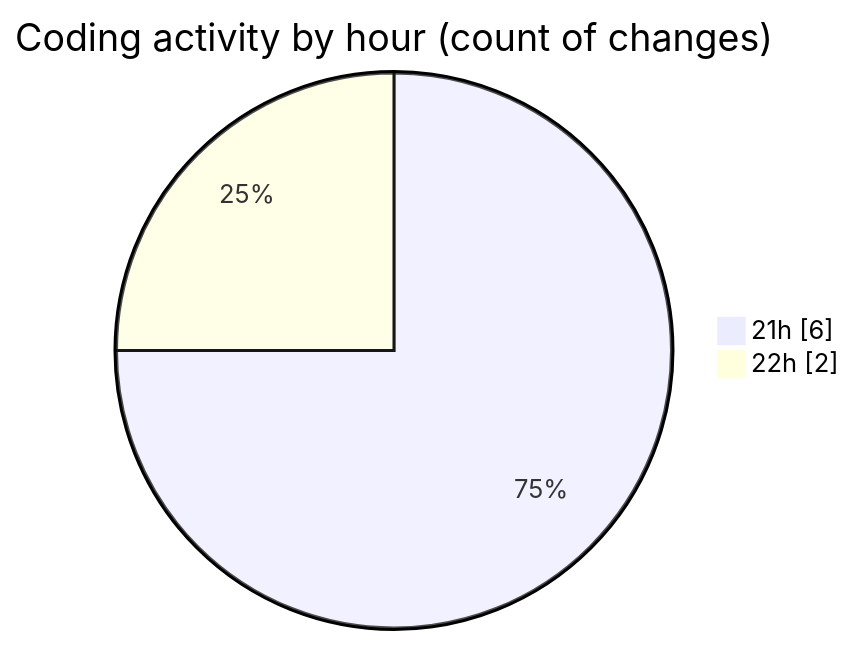
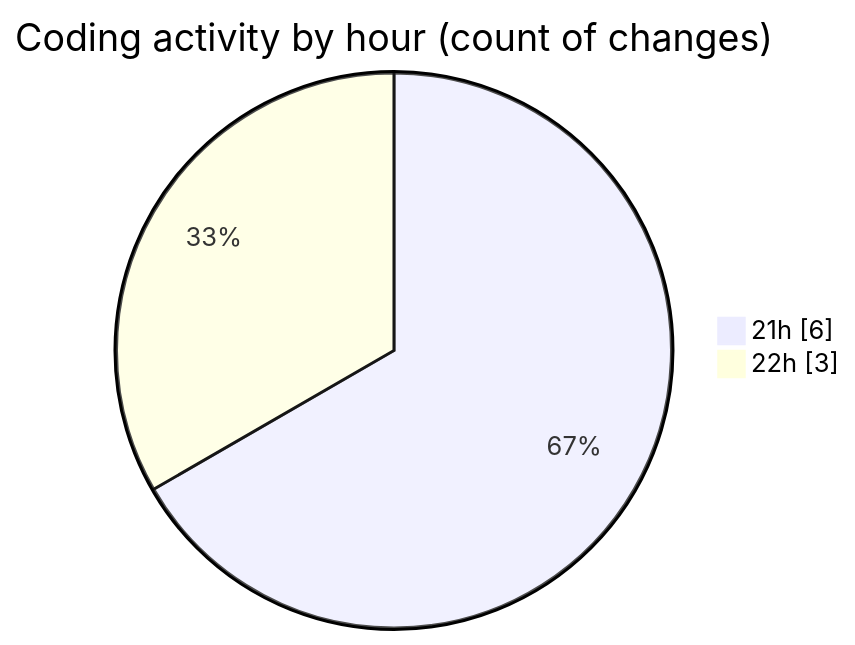
The second of 2 diagrams in 2025-04-02/startfiles__2_/README.md (NitaiMahat/code-tracking), drawn with Mermaid before and after one commit. The commit also changed other lines of this file and 1 other file, not shown here.

````diff
--- a/2025-04-02/startfiles__2_/README.md
+++ b/2025-04-02/startfiles__2_/README.md
@@ -33,6 +33,6 @@
 ```mermaid
 pie showData
 title Coding activity by hour (count of changes)
 "21h" : 6
-"22h" : 2
+"22h" : 3
 ```
````
